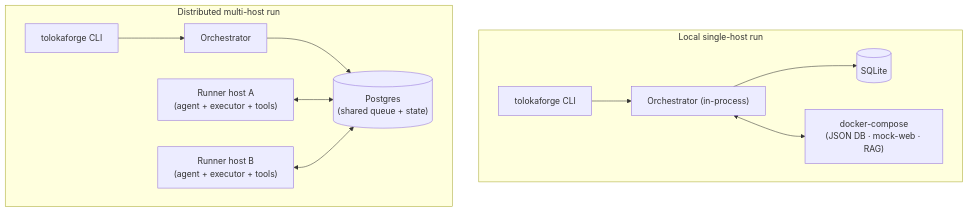
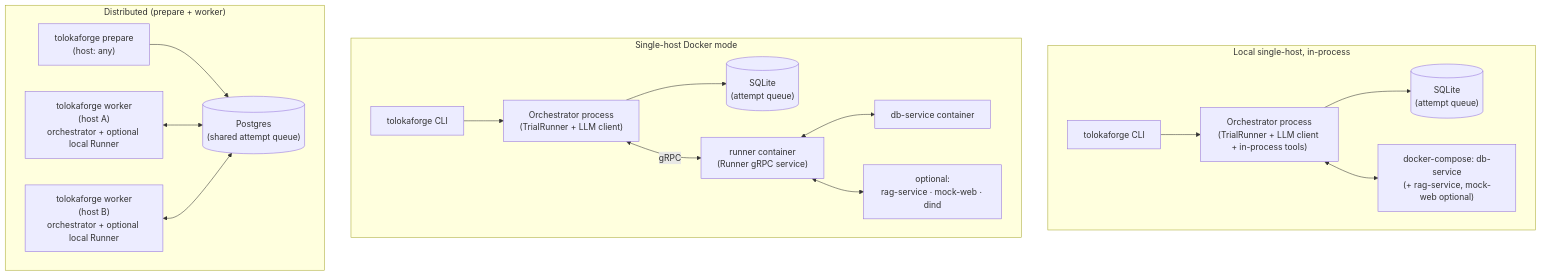
One commit to Toloka/tolokaforge changed the sixth of 6 diagrams in docs/architecture/README.md. Above: the diagram before and after it, drawn with Mermaid. The commit also changed other lines of this file, not shown here.

First line of the commit message:
docs(architecture): align overview with actual code

````diff
--- a/docs/architecture/README.md
+++ b/docs/architecture/README.md
@@ -199,24 +258,36 @@
 ```mermaid
 flowchart TB
-    subgraph Local["Local single-host run"]
+    subgraph Local["Local single-host, in-process"]
         L_CLI["tolokaforge CLI"]
-        L_Orch["Orchestrator (in-process)"]
-        L_SQLite[("SQLite")]
-        L_Compose["docker-compose<br/>(JSON DB · mock-web · RAG)"]
+        L_Orch["Orchestrator process<br/>(TrialRunner + LLM client + in-process tools)"]
+        L_SQLite[("SQLite<br/>(attempt queue)")]
+        L_DB["docker-compose: db-service<br/>(+ rag-service, mock-web optional)"]
         L_CLI --> L_Orch
         L_Orch --> L_SQLite
-        L_Orch <--> L_Compose
+        L_Orch <--> L_DB
     end
 
-    subgraph Dist["Distributed multi-host run"]
+    subgraph Docker["Single-host Docker mode"]
         D_CLI["tolokaforge CLI"]
-        D_Orch["Orchestrator"]
-        D_PG[("Postgres<br/>(shared queue + state)")]
-        D_R1["Runner host A<br/>(agent + executor + tools)"]
-        D_R2["Runner host B<br/>(agent + executor + tools)"]
+        D_Orch["Orchestrator process<br/>(TrialRunner + LLM client)"]
+        D_Runner["runner container<br/>(Runner gRPC service)"]
+        D_DB["db-service container"]
+        D_Extras["optional:<br/>rag-service · mock-web · dind"]
+        D_SQLite[("SQLite<br/>(attempt queue)")]
         D_CLI --> D_Orch
-        D_Orch --> D_PG
-        D_R1 <--> D_PG
-        D_R2 <--> D_PG
+        D_Orch --> D_SQLite
+        D_Orch <-->|gRPC| D_Runner
+        D_Runner <--> D_DB
+        D_Runner <--> D_Extras
+    end
+
+    subgraph Dist["Distributed (prepare + worker)"]
+        D2_Prep["tolokaforge prepare<br/>(host: any)"]
+        D2_PG[("Postgres<br/>(shared attempt queue)")]
+        D2_W1["tolokaforge worker<br/>(host A)<br/>orchestrator + optional local Runner"]
+        D2_W2["tolokaforge worker<br/>(host B)<br/>orchestrator + optional local Runner"]
+        D2_Prep --> D2_PG
+        D2_W1 <--> D2_PG
+        D2_W2 <--> D2_PG
     end
 ```
````
